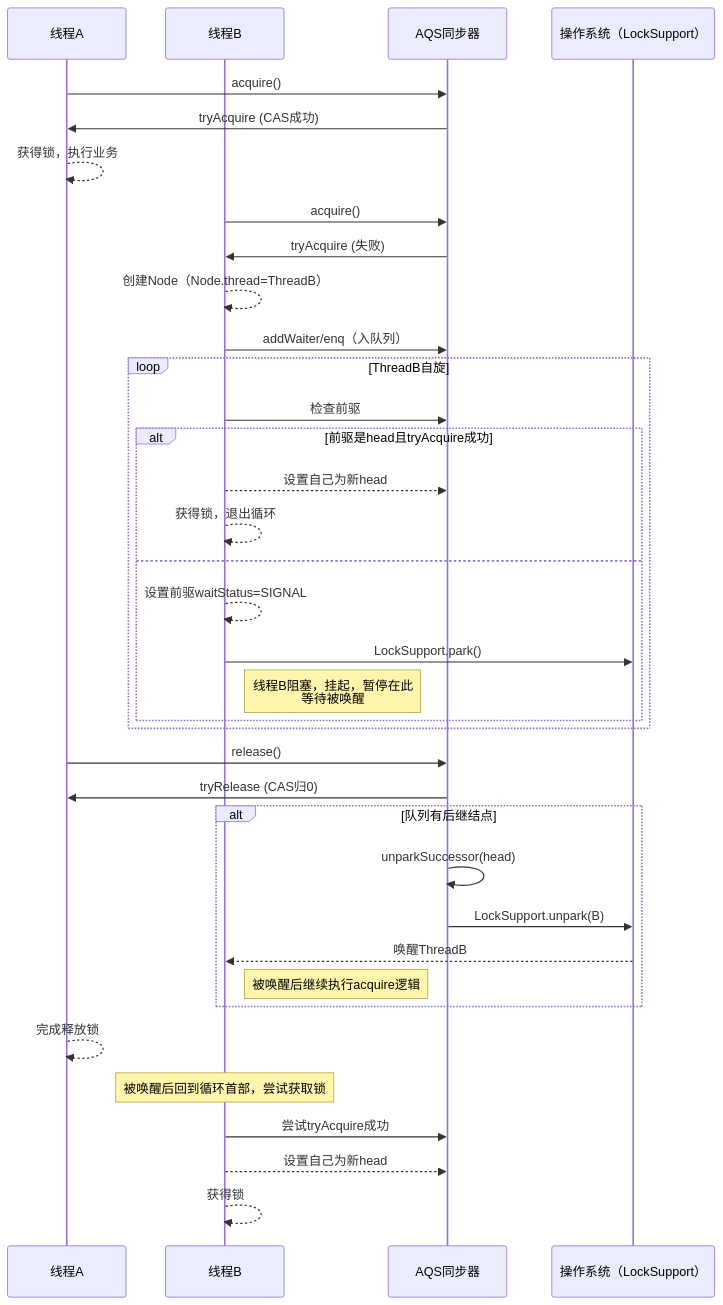
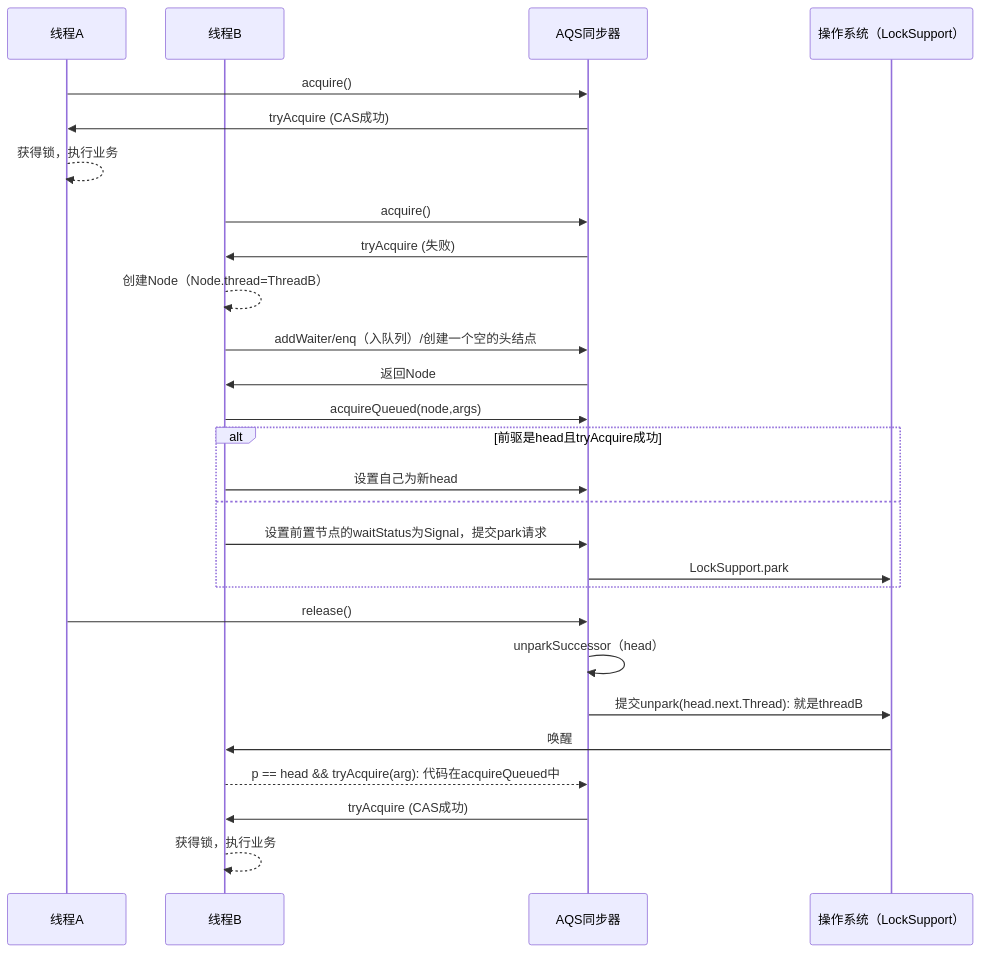
The first of 2 diagrams in 03-Java并发/09-AQS.md (dezhishen/java-knowledge), drawn with Mermaid before and after one commit. The commit also changed other lines of this file, not shown here.

````diff
--- a/03-Java并发/09-AQS.md
+++ b/03-Java并发/09-AQS.md
@@ -7,48 +7,33 @@
 ```mermaid
 sequenceDiagram
     participant ThreadA as 线程A
     participant ThreadB as 线程B
     participant AQS as AQS同步器
     participant OS as 操作系统（LockSupport）
 
-    %% 线程A先加锁，成功立即返回
     ThreadA->>AQS: acquire()
     AQS->>ThreadA: tryAcquire (CAS成功)
     ThreadA-->>ThreadA: 获得锁，执行业务
 
-    %% 线程B尝试加锁失败，进入队列
+    %% %% 线程B尝试加锁失败，进入队列
     ThreadB->>AQS: acquire()
     AQS->>ThreadB: tryAcquire (失败)
     ThreadB-->>ThreadB: 创建Node（Node.thread=ThreadB）
-    ThreadB->>AQS: addWaiter/enq（入队列）
-    
-    loop ThreadB自旋
-        ThreadB->>AQS: 检查前驱
-        alt 前驱是head且tryAcquire成功
-            ThreadB-->>AQS: 设置自己为新head
-            ThreadB-->>ThreadB: 获得锁，退出循环
-        else
-            ThreadB-->>ThreadB: 设置前驱waitStatus=SIGNAL
-            ThreadB->>OS: LockSupport.park()
-            Note right of ThreadB: 线程B阻塞，挂起，暂停在此<br>等待被唤醒
-            %% 被唤醒回到循环首继续尝试
-        end
+    ThreadB->>AQS: addWaiter/enq（入队列）/创建一个空的头结点
+    AQS->>ThreadB: 返回Node
+    ThreadB->>AQS: acquireQueued(node,args)
+    alt 前驱是head且tryAcquire成功
+        ThreadB->>AQS: 设置自己为新head
+    else
+        ThreadB->>AQS: 设置前置节点的waitStatus为Signal，提交park请求
+        AQS->>OS: LockSupport.park
     end
+    ThreadA->>AQS: release()
+    AQS->>AQS: unparkSuccessor（head）
+    AQS->>OS: 提交unpark(head.next.Thread): 就是threadB
+    OS->>ThreadB: 唤醒
+    ThreadB-->>AQS: p == head && tryAcquire(arg): 代码在acquireQueued中
+    AQS->>ThreadB: tryAcquire (CAS成功)
+    ThreadB-->>ThreadB: 获得锁，执行业务
 
-    %% 线程A解锁
-    ThreadA->>AQS: release()
-    AQS->>ThreadA: tryRelease (CAS归0)
-    alt 队列有后继结点
-        AQS->>AQS: unparkSuccessor(head)
-        AQS->>OS: LockSupport.unpark(B)
-        OS-->>ThreadB: 唤醒ThreadB
-        Note right of ThreadB: 被唤醒后继续执行acquire逻辑
-    end
-    ThreadA-->>ThreadA: 完成释放锁
-
-    %% ThreadB被唤醒后的流程
-    Note over ThreadB: 被唤醒后回到循环首部，尝试获取锁
-    ThreadB->>AQS: 尝试tryAcquire成功
-    ThreadB-->>AQS: 设置自己为新head
-    ThreadB-->>ThreadB: 获得锁
 ```
````
